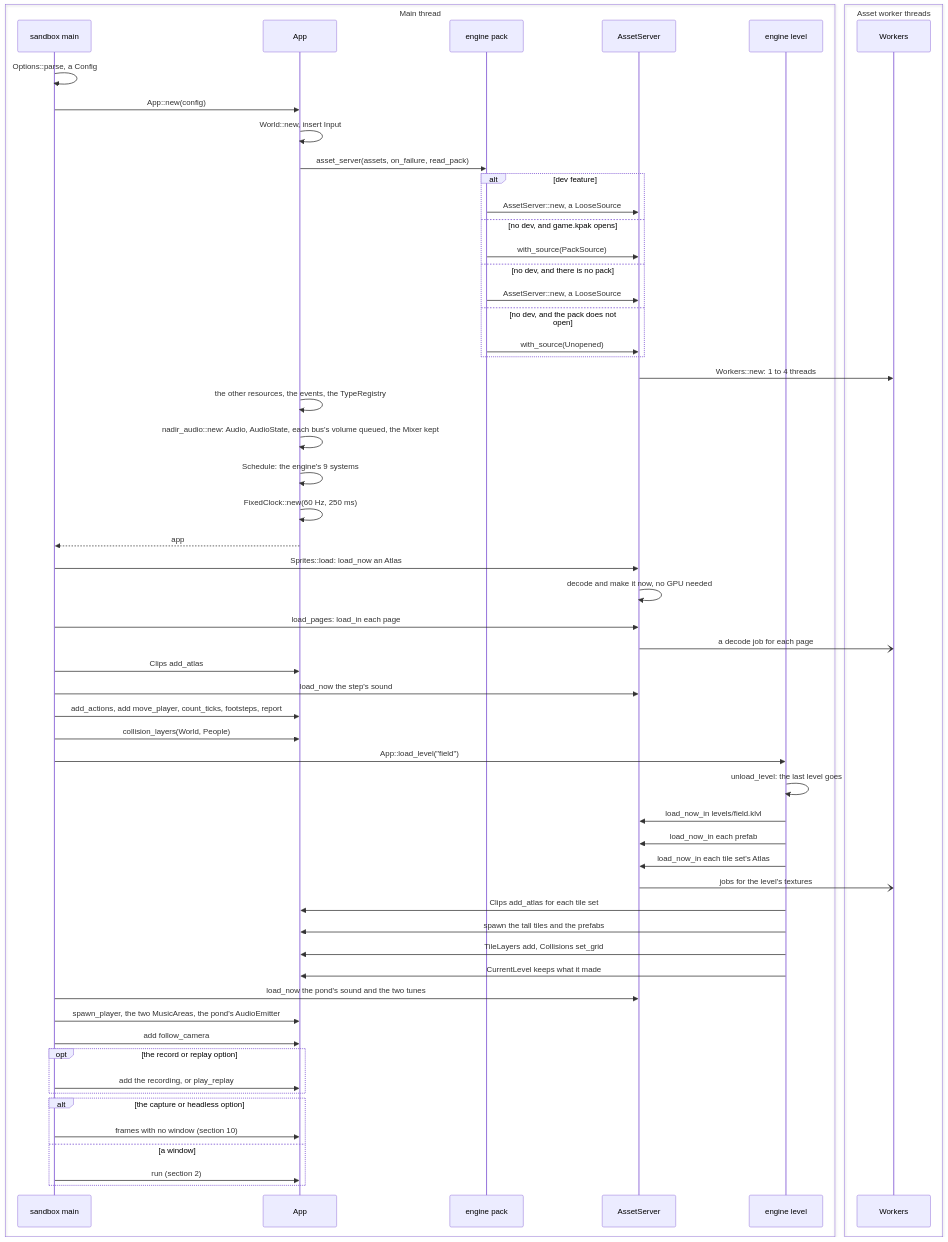
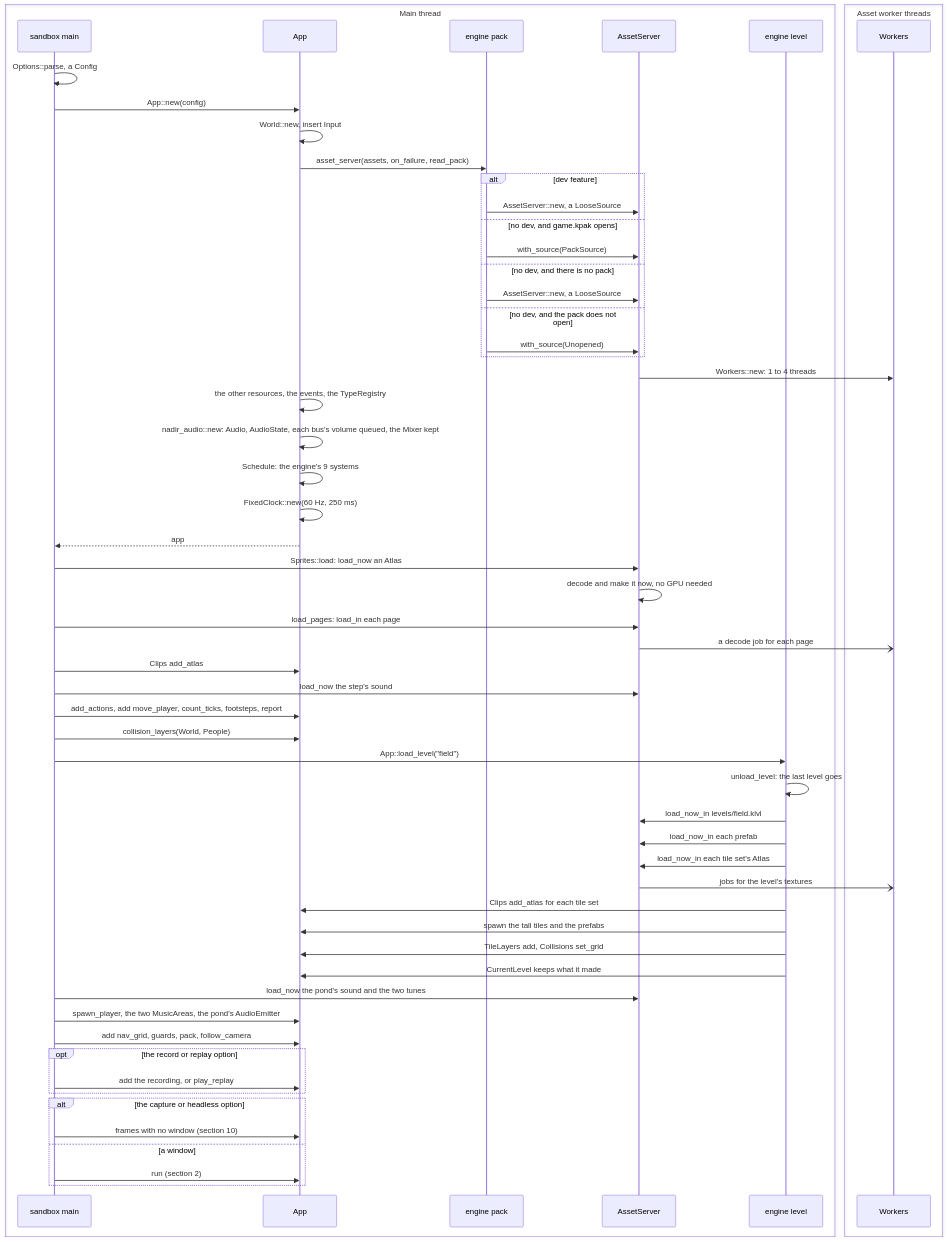
Before and after one commit to jabbott-iii/Nadir: the first of 12 diagrams in diagrams/game-loop-sequence.md, drawn with Mermaid. The commit also changed other lines of this file and 38 other files, not shown here.

````diff
--- a/diagrams/game-loop-sequence.md
+++ b/diagrams/game-loop-sequence.md
@@ -33,62 +33,62 @@
 ```mermaid
 sequenceDiagram
     box Main thread
         participant Main as sandbox main
         participant App as App
         participant Pack as engine pack
         participant Srv as AssetServer
         participant Lvl as engine level
     end
     box Asset worker threads
         participant Wk as Workers
     end
 
     Main->>Main: Options::parse, a Config
     Main->>App: App::new(config)
     App->>App: World::new, insert Input
     App->>Pack: asset_server(assets, on_failure, read_pack)
     alt dev feature
         Pack->>Srv: AssetServer::new, a LooseSource
     else no dev, and game.kpak opens
         Pack->>Srv: with_source(PackSource)
     else no dev, and there is no pack
         Pack->>Srv: AssetServer::new, a LooseSource
     else no dev, and the pack does not open
         Pack->>Srv: with_source(Unopened)
     end
     Srv->>Wk: Workers::new: 1 to 4 threads
     App->>App: the other resources, the events, the TypeRegistry
     App->>App: nadir_audio::new: Audio, AudioState, each bus's volume queued, the Mixer kept
     App->>App: Schedule: the engine's 9 systems
     App->>App: FixedClock::new(60 Hz, 250 ms)
     App-->>Main: app
     Main->>Srv: Sprites::load: load_now an Atlas
     Srv->>Srv: decode and make it now, no GPU needed
     Main->>Srv: load_pages: load_in each page
     Srv-)Wk: a decode job for each page
     Main->>App: Clips add_atlas
     Main->>Srv: load_now the step's sound
     Main->>App: add_actions, add move_player, count_ticks, footsteps, report
     Main->>App: collision_layers(World, People)
     Main->>Lvl: App::load_level("field")
     Lvl->>Lvl: unload_level: the last level goes
     Lvl->>Srv: load_now_in levels/field.klvl
     Lvl->>Srv: load_now_in each prefab
     Lvl->>Srv: load_now_in each tile set's Atlas
     Srv-)Wk: jobs for the level's textures
     Lvl->>App: Clips add_atlas for each tile set
     Lvl->>App: spawn the tall tiles and the prefabs
     Lvl->>App: TileLayers add, Collisions set_grid
     Lvl->>App: CurrentLevel keeps what it made
     Main->>Srv: load_now the pond's sound and the two tunes
     Main->>App: spawn_player, the two MusicAreas, the pond's AudioEmitter
-    Main->>App: add follow_camera
+    Main->>App: add nav_grid, guards, pack, follow_camera
     opt the record or replay option
         Main->>App: add the recording, or play_replay
     end
     alt the capture or headless option
         Main->>App: frames with no window (section 10)
     else a window
         Main->>App: run (section 2)
     end
 ```
````
